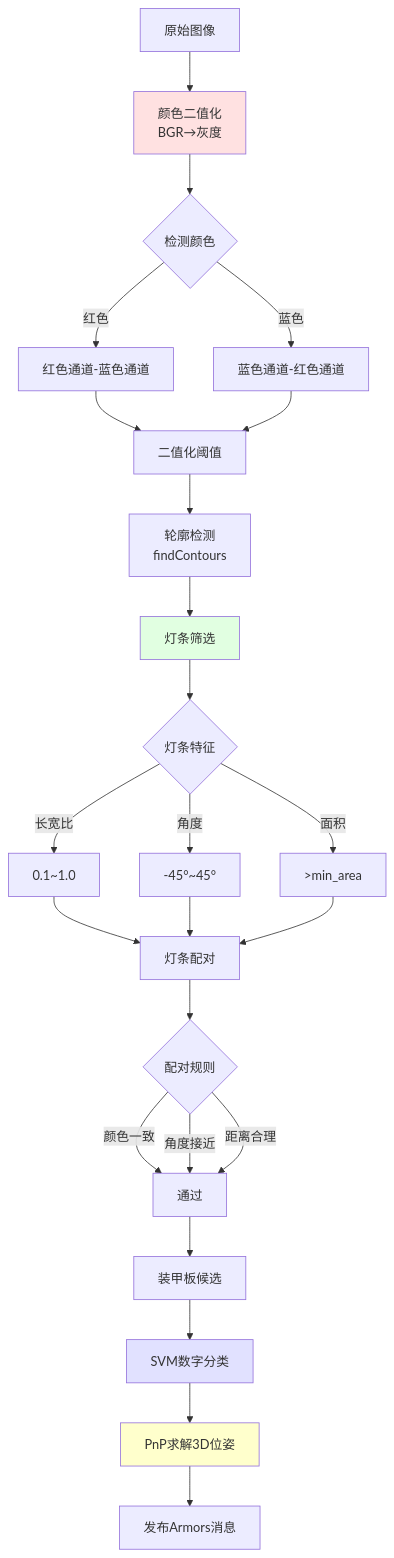
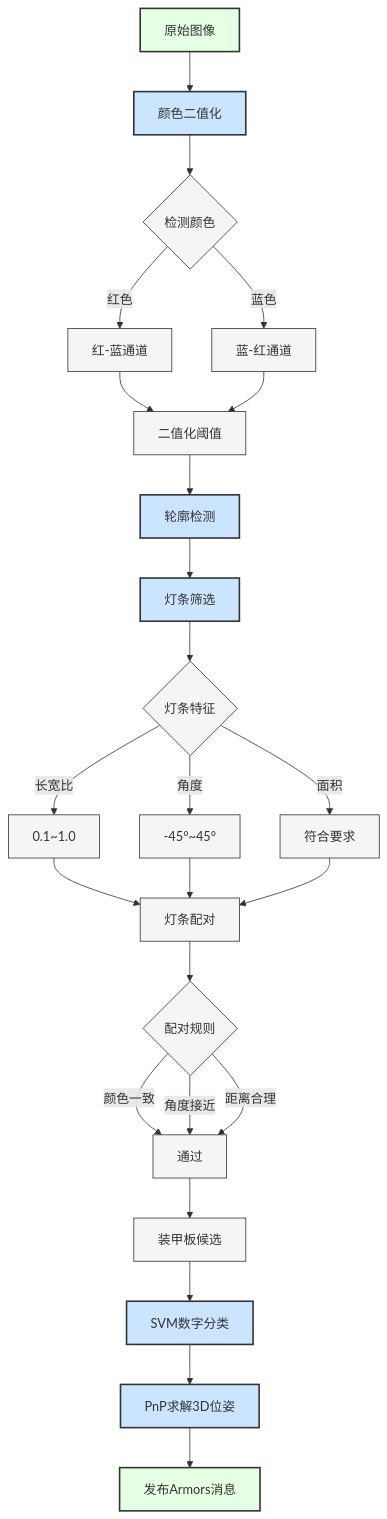
Before and after one commit to happywosabi/pb2025_sentry_ws: the second of 11 diagrams in docs/03_感知层.md, drawn with Mermaid. The commit also changed other lines of this file and 9 other files, not shown here.

````diff
--- a/docs/03_感知层.md
+++ b/docs/03_感知层.md
@@ -67,36 +67,39 @@
 ```mermaid
 graph TB
-    A[原始图像] --> B[颜色二值化<br>BGR→灰度]
+    A[原始图像] --> B[颜色二值化]
     B --> C{检测颜色}
-    C -->|红色| D[红色通道-蓝色通道]
-    C -->|蓝色| E[蓝色通道-红色通道]
+    C -->|红色| D[红-蓝通道]
+    C -->|蓝色| E[蓝-红通道]
 
     D --> F[二值化阈值]
     E --> F
 
-    F --> G[轮廓检测<br>findContours]
+    F --> G[轮廓检测]
     G --> H[灯条筛选]
     H --> I{灯条特征}
     I -->|长宽比| J[0.1~1.0]
     I -->|角度| K[-45°~45°]
-    I -->|面积| L[>min_area]
+    I -->|面积| L[符合要求]
 
     J --> M[灯条配对]
     K --> M
     L --> M
 
     M --> N{配对规则}
     N -->|颜色一致| O[通过]
     N -->|角度接近| O
     N -->|距离合理| O
 
     O --> P[装甲板候选]
     P --> Q[SVM数字分类]
     Q --> R[PnP求解3D位姿]
     R --> S[发布Armors消息]
 
-    style B fill:#ffe1e1
-    style H fill:#e1ffe1
-    style Q fill:#e1e1ff
-    style R fill:#ffffcc
+    classDef dataClass fill:#E5FFE5,stroke:#333,stroke-width:2px
+    classDef perceptionClass fill:#CCE5FF,stroke:#333,stroke-width:2px
+    classDef processClass fill:#F5F5F5,stroke:#333,stroke-width:1px
+
+    class A,S dataClass
+    class B,G,H,Q,R perceptionClass
+    class C,D,E,F,I,J,K,L,M,N,O,P processClass
 ```
````
